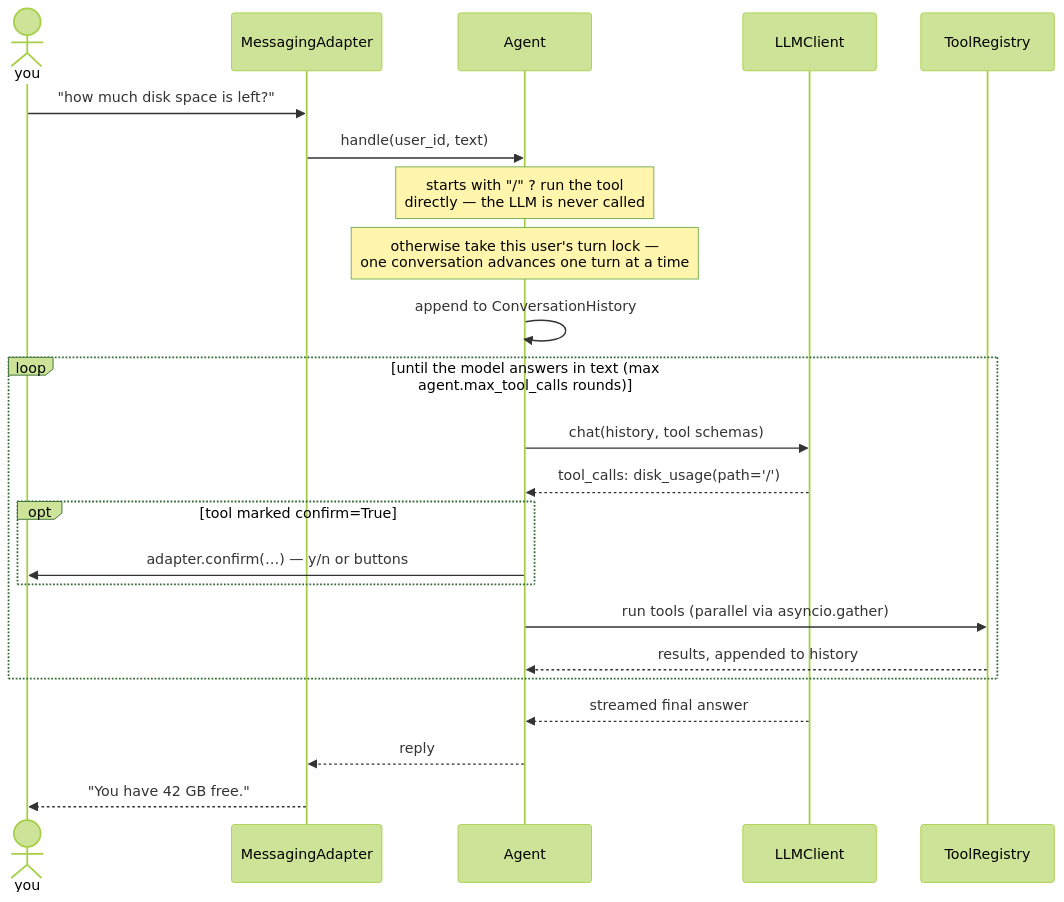
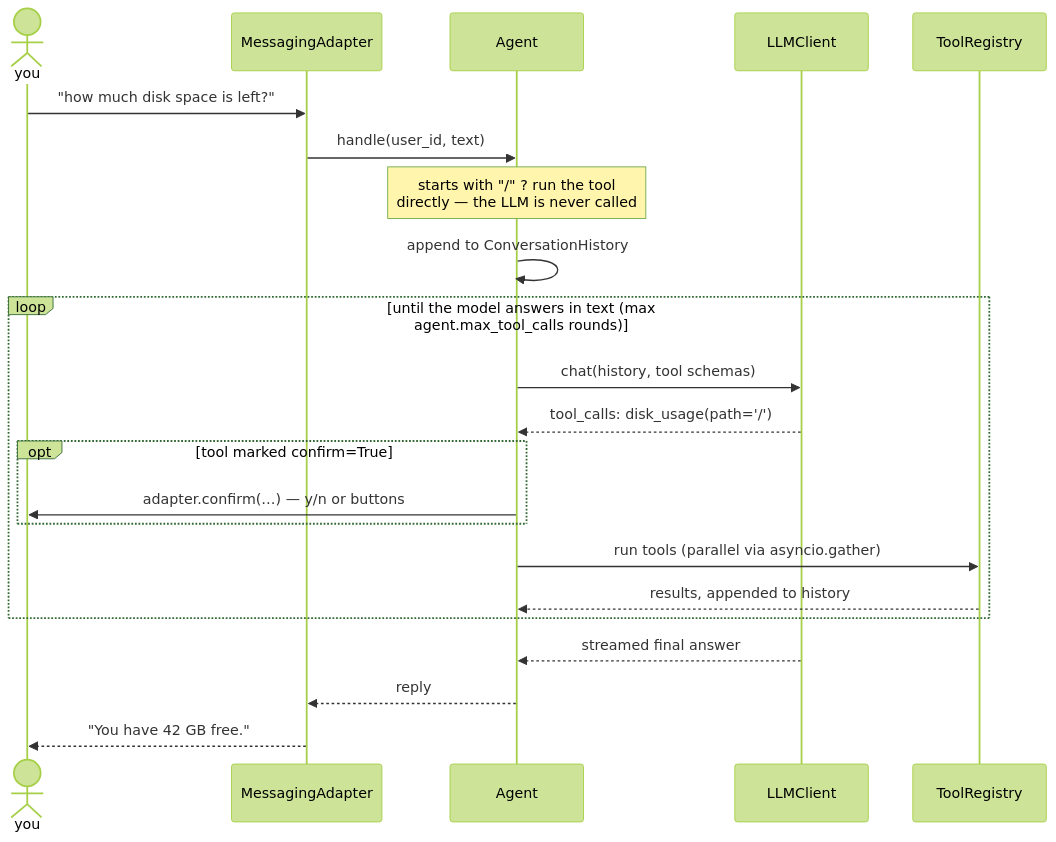
The second of 3 diagrams in content/v0.1/guides/architecture.md (lesysbot/lesysbot.github.io), drawn with Mermaid (forest theme) before and after one commit. The commit also changed other lines of this file and 25 other files, not shown here.

````diff
--- a/content/v0.1/guides/architecture.md
+++ b/content/v0.1/guides/architecture.md
@@ -99,26 +99,25 @@
 ```mermaid
 sequenceDiagram
     actor you
     participant adapter as MessagingAdapter
     participant agent as Agent
     participant llm as LLMClient
     participant registry as ToolRegistry
 
     you->>adapter: "how much disk space is left?"
     adapter->>agent: handle(user_id, text)
     Note over agent: starts with "/" ? run the tool<br>directly — the LLM is never called
-    Note over agent: otherwise take this user's turn lock —<br>one conversation advances one turn at a time
     agent->>agent: append to ConversationHistory
     loop until the model answers in text (max agent.max_tool_calls rounds)
         agent->>llm: chat(history, tool schemas)
         llm-->>agent: tool_calls: disk_usage(path='/')
         opt tool marked confirm=True
             agent->>you: adapter.confirm(…) — y/n or buttons
         end
         agent->>registry: run tools (parallel via asyncio.gather)
         registry-->>agent: results, appended to history
     end
     llm-->>agent: streamed final answer
     agent-->>adapter: reply
     adapter-->>you: "You have 42 GB free."
 ```
````
